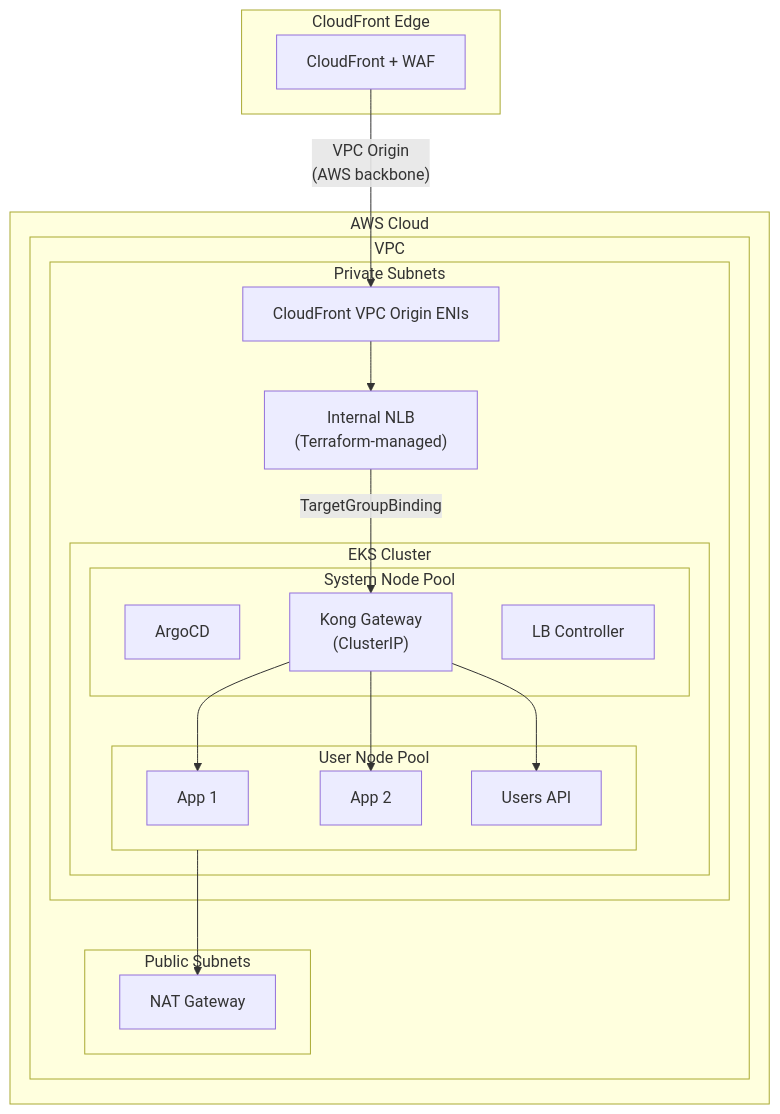
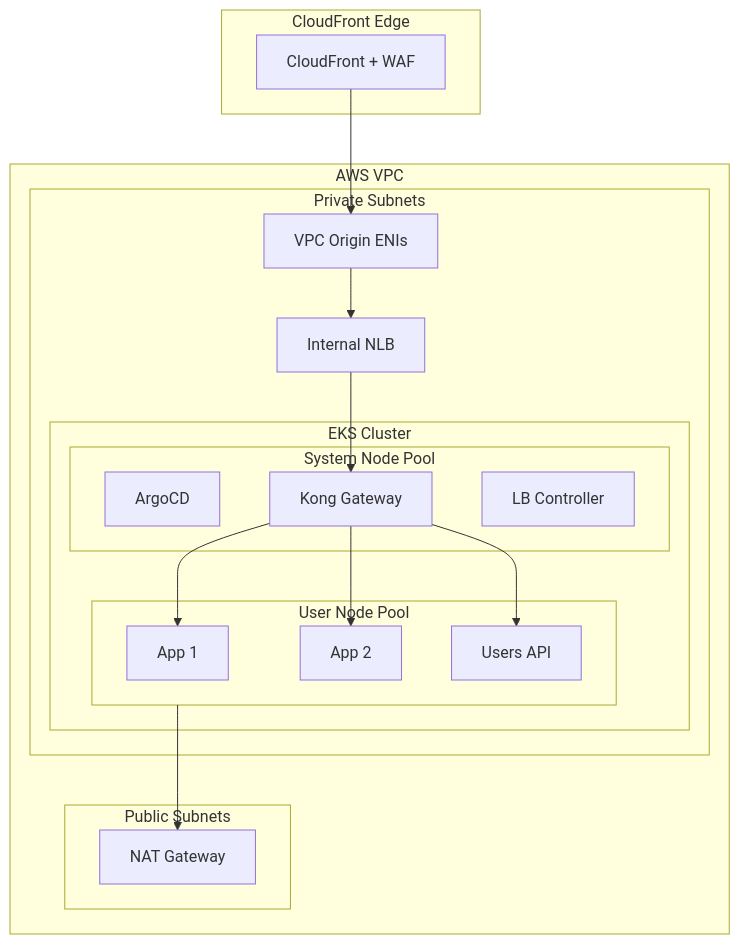
One commit to shanaka-versent/Kong-Gateway-on-EKS changed the sixth of 9 diagrams in README.md. Above: the diagram before and after it, drawn with Mermaid. The commit also changed other lines of this file, not shown here.

First line of the commit message:
Update README with common reference architecture and implementation comparison diagrams

````diff
--- a/README.md
+++ b/README.md
@@ -167,41 +334,39 @@
 ```mermaid
 flowchart TB
     subgraph Edge["CloudFront Edge"]
         CF["CloudFront + WAF"]
     end
 
-    subgraph AWS["AWS Cloud"]
-        subgraph VPC["VPC"]
-            subgraph PubSub["Public Subnets"]
-                NAT["NAT Gateway"]
-            end
+    subgraph VPC["AWS VPC"]
+        subgraph PubSub["Public Subnets"]
+            NAT["NAT Gateway"]
+        end
 
-            subgraph PrivSub["Private Subnets"]
-                VPCOrigin["CloudFront VPC Origin ENIs"]
-                NLB["Internal NLB<br>(Terraform-managed)"]
+        subgraph PrivSub["Private Subnets"]
+            VPCOrigin["VPC Origin ENIs"]
+            NLB["Internal NLB"]
 
-                subgraph EKS["EKS Cluster"]
-                    subgraph SysNodes["System Node Pool"]
-                        ArgoCD["ArgoCD"]
-                        Kong["Kong Gateway<br>(ClusterIP)"]
-                        LBC["LB Controller"]
-                    end
+            subgraph EKS["EKS Cluster"]
+                subgraph SysNodes["System Node Pool"]
+                    ArgoCD["ArgoCD"]
+                    Kong["Kong Gateway"]
+                    LBC["LB Controller"]
+                end
 
-                    subgraph UserNodes["User Node Pool"]
-                        App1["App 1"]
-                        App2["App 2"]
-                        API["Users API"]
-                    end
+                subgraph UserNodes["User Node Pool"]
+                    App1["App 1"]
+                    App2["App 2"]
+                    API["Users API"]
                 end
             end
         end
     end
 
-    CF -->|"VPC Origin<br>(AWS backbone)"| VPCOrigin
+    CF --> VPCOrigin
     VPCOrigin --> NLB
-    NLB -->|"TargetGroupBinding"| Kong
+    NLB --> Kong
     Kong --> App1
     Kong --> App2
     Kong --> API
     UserNodes --> NAT
 ```
````
